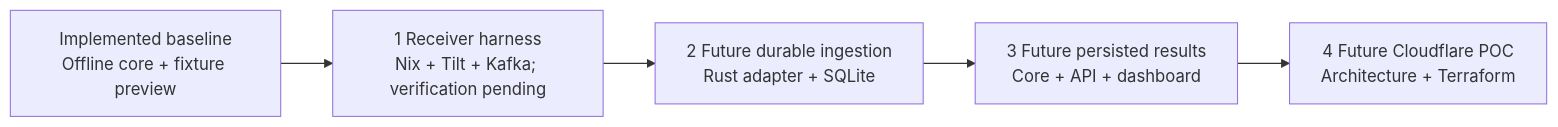
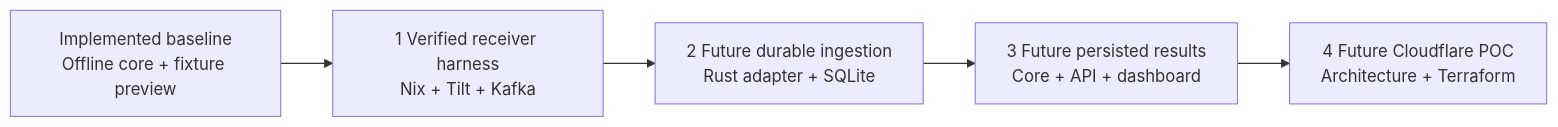
The diagram in docs/plan.md (jestrada/ChargeShare), drawn with Mermaid before and after one commit. The commit also changed other lines of this file and 15 other files, not shown here.

````diff
--- a/docs/plan.md
+++ b/docs/plan.md
@@ -12,9 +12,9 @@
 ```mermaid
 flowchart LR
     baseline["Implemented baseline<br/>Offline core + fixture preview"]
-    harness["1 Receiver harness<br/>Nix + Tilt + Kafka; verification pending"]
+    harness["1 Verified receiver harness<br/>Nix + Tilt + Kafka"]
     ingestion["2 Future durable ingestion<br/>Rust adapter + SQLite"]
     results["3 Future persisted results<br/>Core + API + dashboard"]
     cloudflare["4 Future Cloudflare POC<br/>Architecture + Terraform"]
     baseline --> harness --> ingestion --> results --> cloudflare
 ```
````
